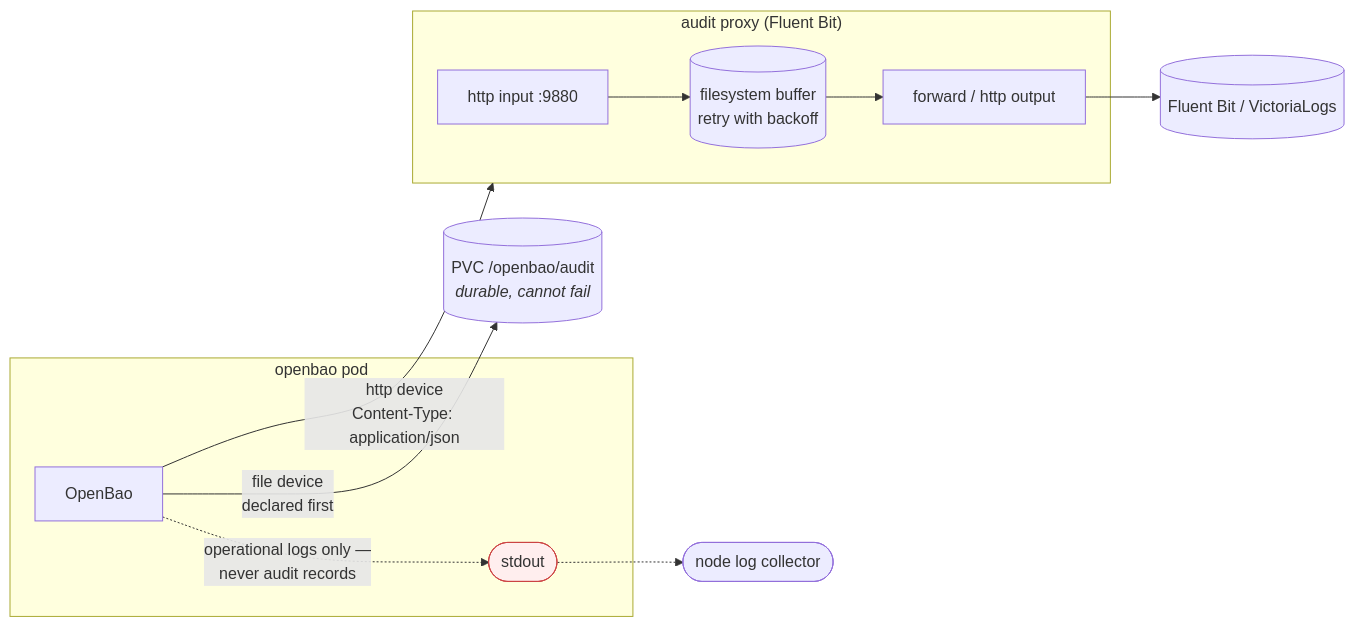
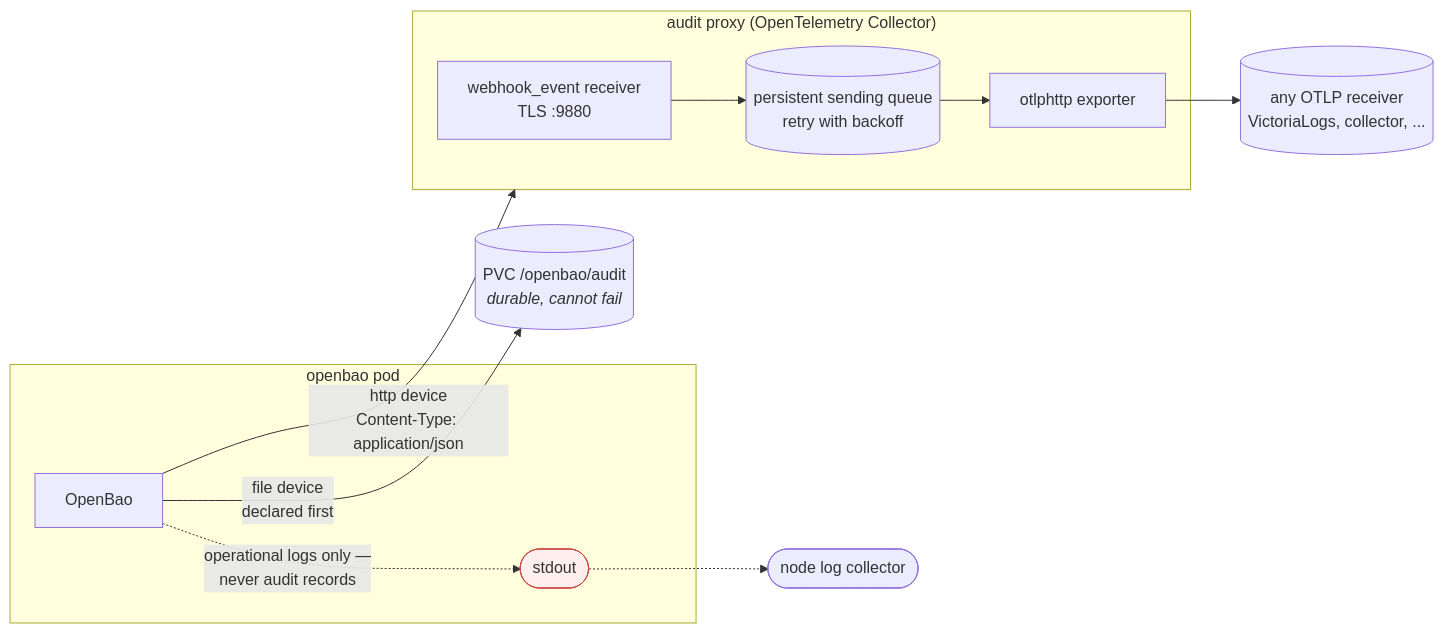
Before and after one commit to datahattrick/openbao-chart: the first of 2 diagrams in docs/AUDIT.md, drawn with Mermaid. The commit also changed other lines of this file and 37 other files, not shown here.

First line of the commit message:
Restructure the chart, and replace Fluent Bit with an OTel Collector

````diff
--- a/docs/AUDIT.md
+++ b/docs/AUDIT.md
@@ -18,16 +18,16 @@
 ```mermaid
 flowchart LR
     subgraph pod["openbao pod"]
         bao["OpenBao"]
         so(["stdout"])
     end
     bao -->|"file device<br/>declared first"| pvc[("PVC /openbao/audit<br/><i>durable, cannot fail</i>")]
     bao -->|"http device<br/>Content-Type: application/json"| proxy
-    subgraph proxy["audit proxy (Fluent Bit)"]
-        in["http input :9880"] --> buf[("filesystem buffer<br/>retry with backoff")] --> out["forward / http output"]
+    subgraph proxy["audit proxy (OpenTelemetry Collector)"]
+        in["webhook_event receiver<br/>TLS :9880"] --> buf[("persistent sending queue<br/>retry with backoff")] --> out["otlphttp exporter"]
     end
-    out --> sink[("Fluent Bit / VictoriaLogs")]
+    out --> sink[("any OTLP receiver<br/>VictoriaLogs, collector, ...")]
     bao -.->|"operational logs only —<br/>never audit records"| so
     so -.-> collector([node log collector])
     style so fill:#fee,stroke:#c44
 ```
````
